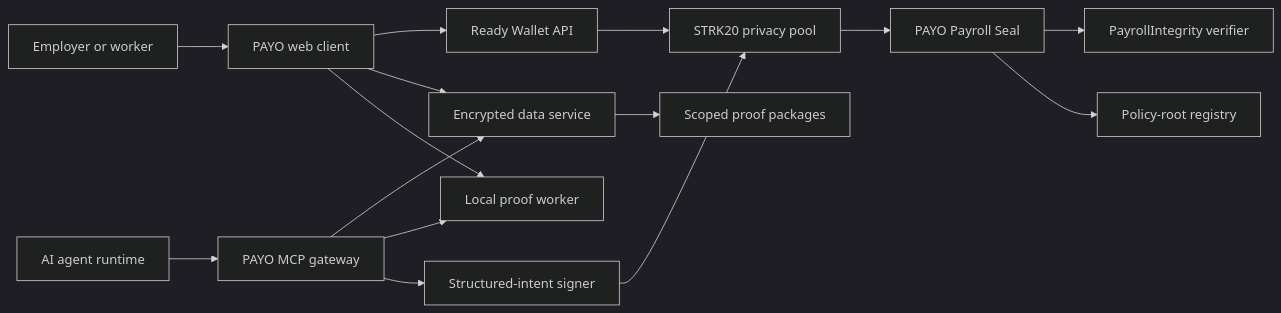
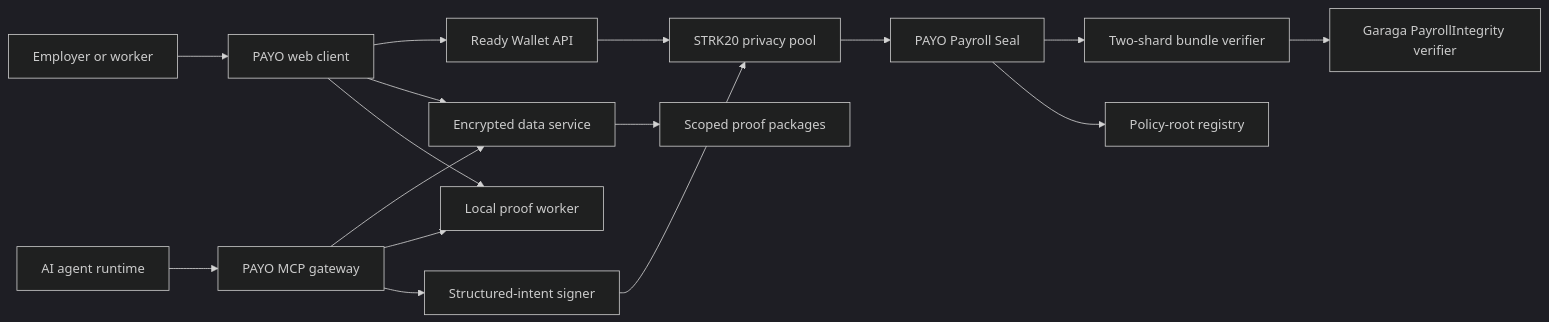
The first of 3 diagrams in architecture.md (Tutulii/private-payroll), drawn with Mermaid (dark theme) before and after one commit. The commit also changed other lines of this file and 33 other files, not shown here.

Commit message:
complete proof-bound PayrollIntegrity verifier path

````diff
--- a/architecture.md
+++ b/architecture.md
@@ -16,17 +16,18 @@
 ```mermaid
 flowchart LR
     Human[Employer or worker] --> Web[PAYO web client]
     Agent[AI agent runtime] --> MCP[PAYO MCP gateway]
     Web --> Ready[Ready Wallet API]
     Web --> Vault[Encrypted data service]
     MCP --> Vault
     Web --> Prover[Local proof worker]
     MCP --> Prover
     MCP --> Signer[Structured-intent signer]
     Ready --> Pool[STRK20 privacy pool]
     Signer --> Pool
     Pool --> Seal[PAYO Payroll Seal]
-    Seal --> Verifier[PayrollIntegrity verifier]
+    Seal --> Bundle[Two-shard bundle verifier]
+    Bundle --> Verifier[Garaga PayrollIntegrity verifier]
     Seal --> Policies[Policy-root registry]
     Vault --> Export[Scoped proof packages]
 ```
````
